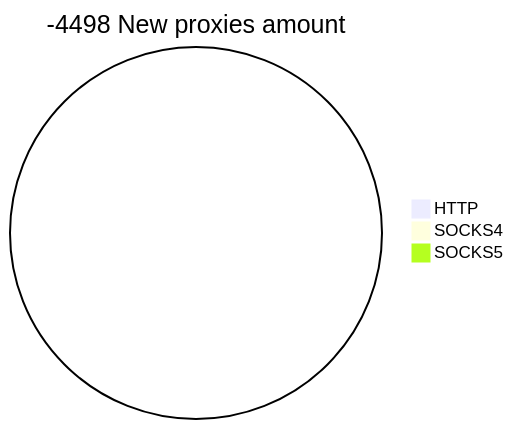
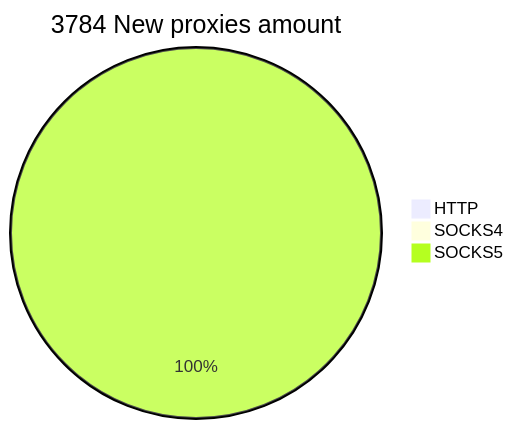
The second of 2 diagrams in README.md (cutipu/proxylist), drawn with Mermaid before and after one commit. The commit also changed other lines of this file, not shown here.

````diff
--- a/README.md
+++ b/README.md
@@ -10,6 +10,6 @@
 ```mermaid
-pie title -4498 New proxies amount
+pie title 3784 New proxies amount
     "HTTP" : 0
     "SOCKS4" : 0
-    "SOCKS5" : 0
+    "SOCKS5" : 4498
 ```
````
